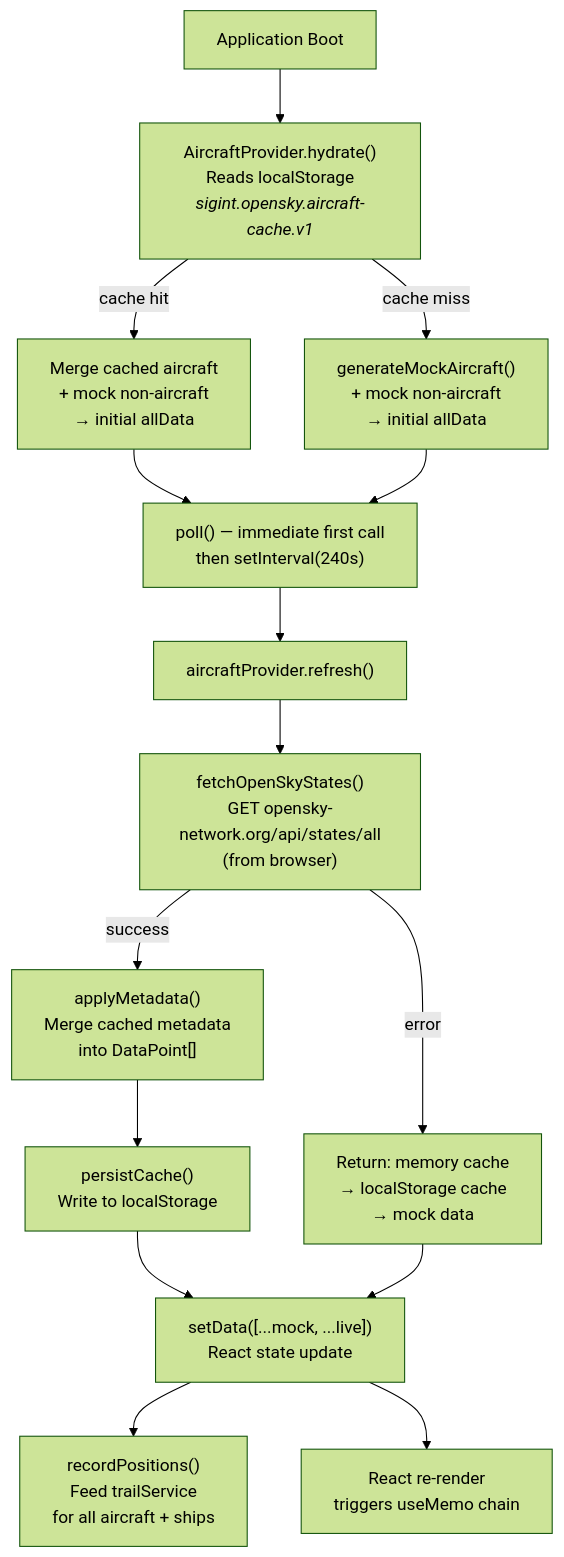
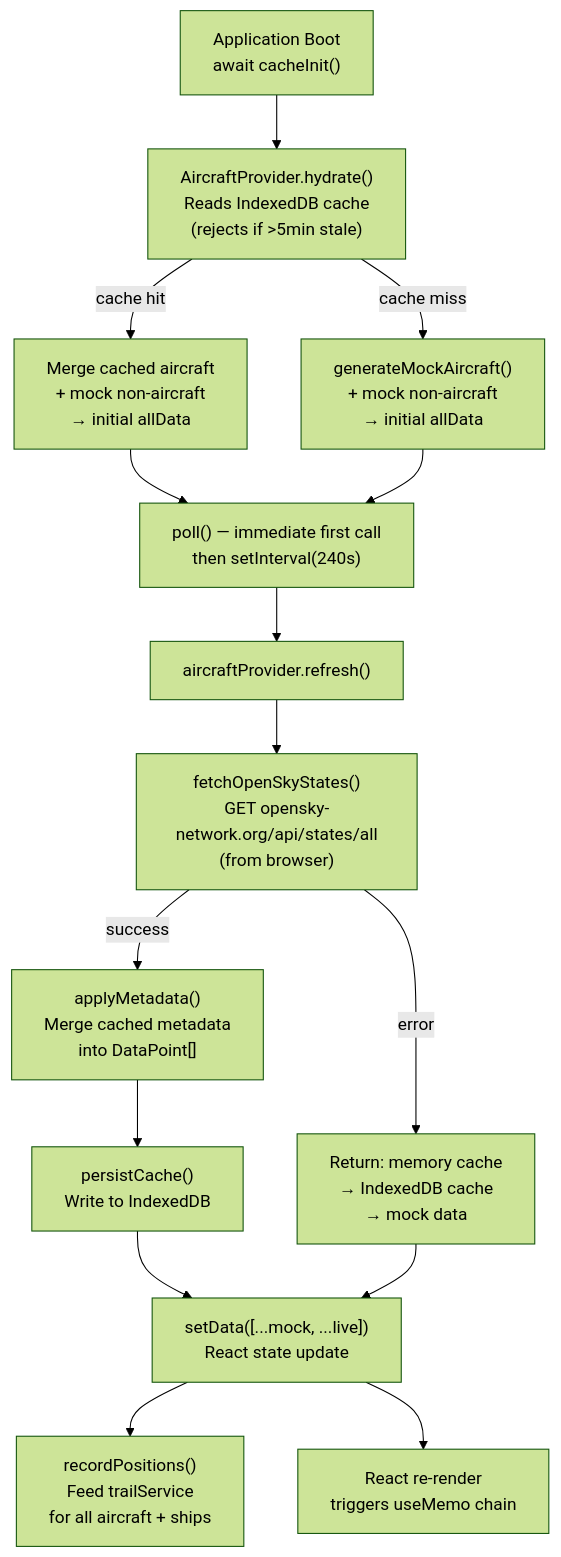
One commit to iiTONELOC/sigint changed the third of 14 diagrams in docs/architecture.md. Above: the diagram before and after it, drawn with Mermaid (forest theme). The commit also changed other lines of this file and 39 other files, not shown here.

````diff
--- a/docs/architecture.md
+++ b/docs/architecture.md
@@ -175,23 +184,23 @@
 ```mermaid
 flowchart TD
-    Boot["Application Boot"] --> Hydrate["AircraftProvider.hydrate()<br/>Reads localStorage<br/><i>sigint.opensky.aircraft-cache.v1</i>"]
+    Boot["Application Boot<br/>await cacheInit()"] --> Hydrate["AircraftProvider.hydrate()<br/>Reads IndexedDB cache<br/>(rejects if >5min stale)"]
     Hydrate -->|"cache hit"| MergeCache["Merge cached aircraft<br/>+ mock non-aircraft<br/>→ initial allData"]
     Hydrate -->|"cache miss"| MockFallback["generateMockAircraft()<br/>+ mock non-aircraft<br/>→ initial allData"]
 
     MergeCache --> PollStart
     MockFallback --> PollStart
 
     PollStart["poll() — immediate first call<br/>then setInterval(240s)"] --> Refresh["aircraftProvider.refresh()"]
     Refresh --> FetchOSN["fetchOpenSkyStates()<br/>GET opensky-network.org/api/states/all<br/>(from browser)"]
 
     FetchOSN -->|"success"| ApplyMeta["applyMetadata()<br/>Merge cached metadata<br/>into DataPoint[]"]
-    FetchOSN -->|"error"| Fallback["Return: memory cache<br/>→ localStorage cache<br/>→ mock data"]
+    FetchOSN -->|"error"| Fallback["Return: memory cache<br/>→ IndexedDB cache<br/>→ mock data"]
 
-    ApplyMeta --> Persist["persistCache()<br/>Write to localStorage"]
+    ApplyMeta --> Persist["persistCache()<br/>Write to IndexedDB"]
     Persist --> SetState["setData([...mock, ...live])<br/>React state update"]
 
     Fallback --> SetState
 
     SetState --> RecordTrails["recordPositions()<br/>Feed trailService<br/>for all aircraft + ships"]
     SetState --> ReactRender["React re-render<br/>triggers useMemo chain"]
 ```
````
